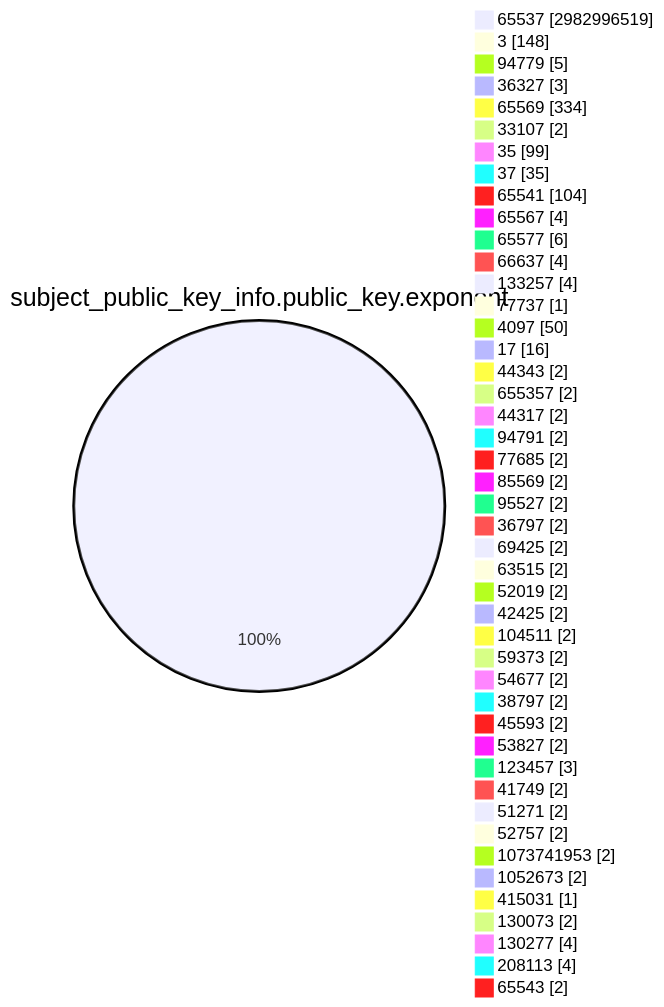
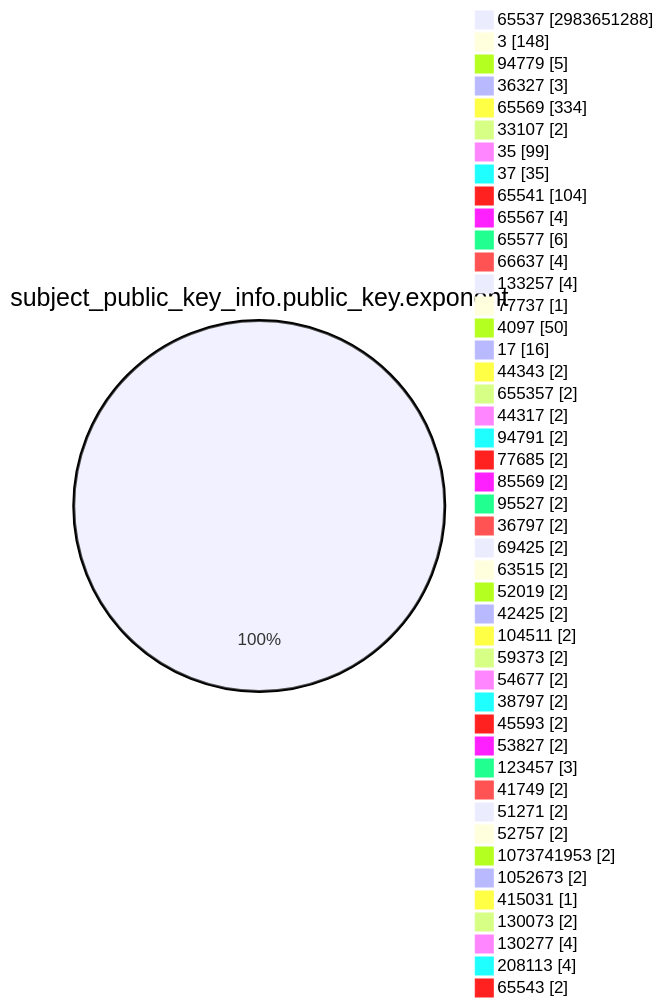
Before and after one commit to christiankrug/ctmonitor_visualization: the fourth of 15 diagrams in TOTAL/README.md, drawn with Mermaid. The commit also changed other lines of this file, not shown here.

````diff
--- a/TOTAL/README.md
+++ b/TOTAL/README.md
@@ -1472,49 +1472,49 @@
 ```mermaid
 pie showData
 title subject_public_key_info.public_key.exponent
-"65537" :2982996519
+"65537" :2983651288
 "3" :148
 "94779" :5
 "36327" :3
 "65569" :334
 "33107" :2
 "35" :99
 "37" :35
 "65541" :104
 "65567" :4
 "65577" :6
 "66637" :4
 "133257" :4
 "77737" :1
 "4097" :50
 "17" :16
 "44343" :2
 "655357" :2
 "44317" :2
 "94791" :2
 "77685" :2
 "85569" :2
 "95527" :2
 "36797" :2
 "69425" :2
 "63515" :2
 "52019" :2
 "42425" :2
 "104511" :2
 "59373" :2
 "54677" :2
 "38797" :2
 "45593" :2
 "53827" :2
 "123457" :3
 "41749" :2
 "51271" :2
 "52757" :2
 "1073741953" :2
 "1052673" :2
 "415031" :1
 "130073" :2
 "130277" :4
 "208113" :4
 "65543" :2
 ```
````
